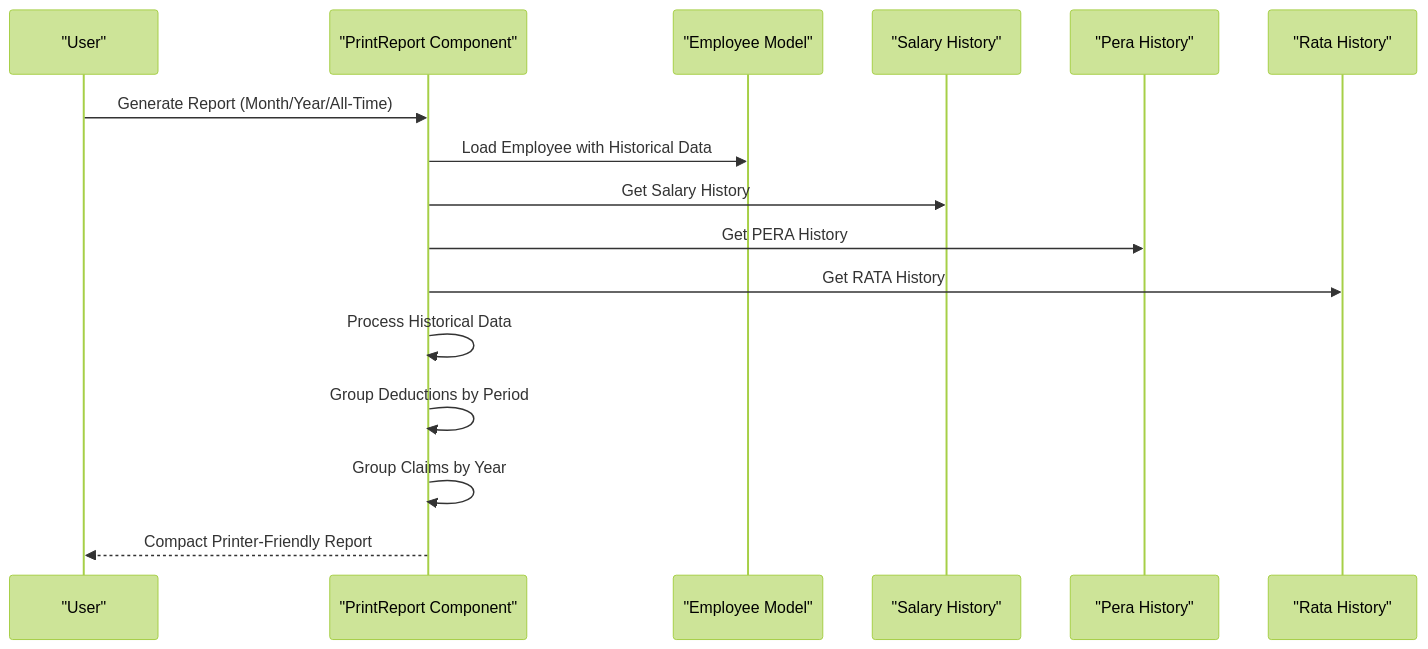
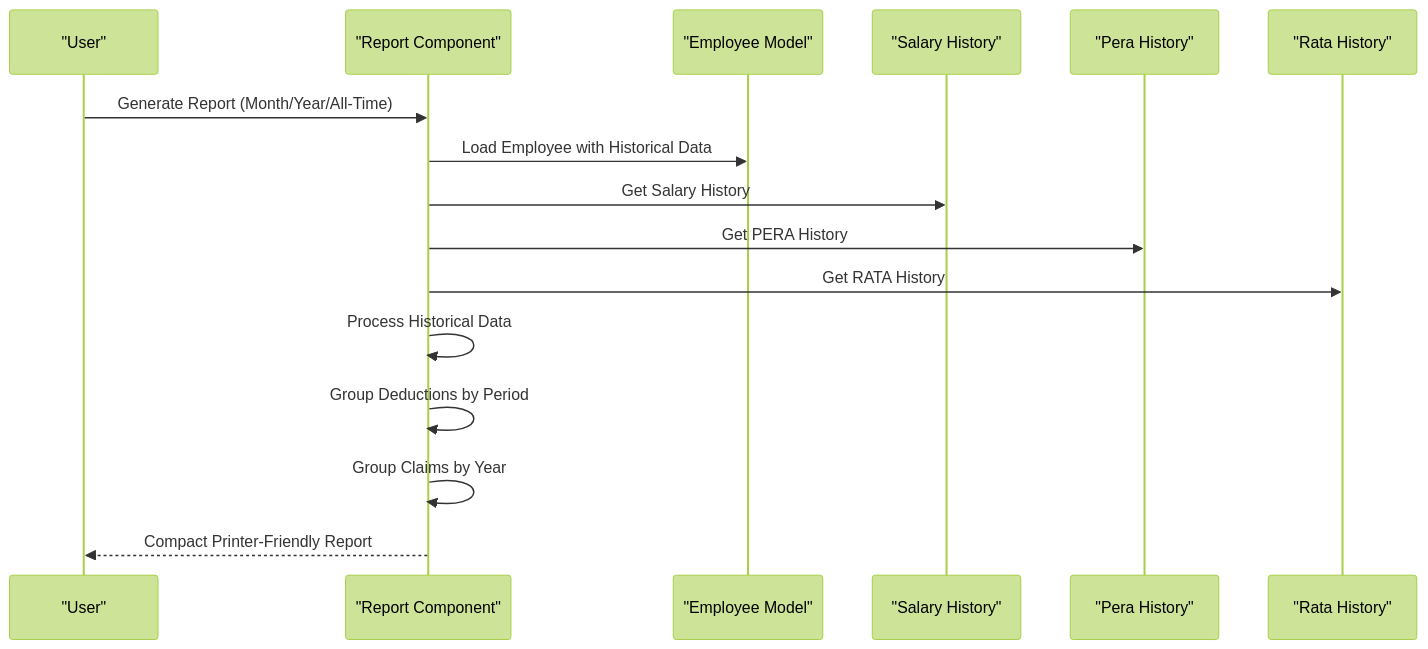
The ninth of 21 diagrams in .qoder/repowiki/en/content/Payroll System/Payroll Reports & Analytics.md (vincet0t15/template), drawn with Mermaid (forest theme) before and after one commit. The commit also changed other lines of this file and 6 other files, not shown here.

````diff
--- a/.qoder/repowiki/en/content/Payroll System/Payroll Reports & Analytics.md
+++ b/.qoder/repowiki/en/content/Payroll System/Payroll Reports & Analytics.md
@@ -369,18 +466,18 @@
 ```mermaid
 sequenceDiagram
 participant U as "User"
-participant PR as "PrintReport Component"
+participant REP as "Report Component"
 participant EMP as "Employee Model"
 participant SAL as "Salary History"
 participant PER as "Pera History"
 participant RAT as "Rata History"
-U->>PR : Generate Report (Month/Year/All-Time)
-PR->>EMP : Load Employee with Historical Data
-PR->>SAL : Get Salary History
-PR->>PER : Get PERA History
-PR->>RAT : Get RATA History
-PR->>PR : Process Historical Data
-PR->>PR : Group Deductions by Period
-PR->>PR : Group Claims by Year
-PR-->>U : Compact Printer-Friendly Report
+U->>REP : Generate Report (Month/Year/All-Time)
+REP->>EMP : Load Employee with Historical Data
+REP->>SAL : Get Salary History
+REP->>PER : Get PERA History
+REP->>RAT : Get RATA History
+REP->>REP : Process Historical Data
+REP->>REP : Group Deductions by Period
+REP->>REP : Group Claims by Year
+REP-->>U : Compact Printer-Friendly Report
 ```
````
